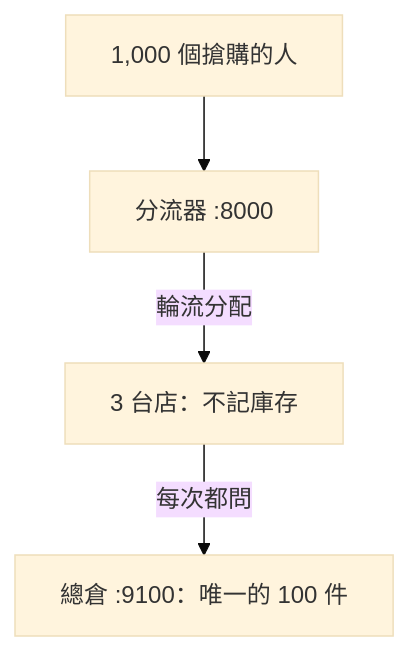
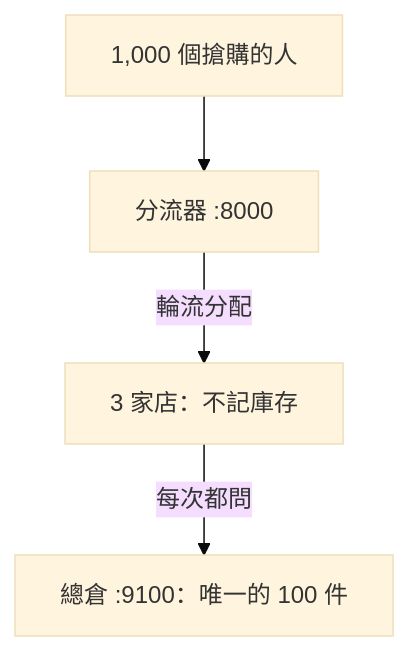
Before and after one commit to duncan-wen/dwen-cms: the second of 2 diagrams in content/posts/go-high-concurrency-distributed/index.mdx, drawn with Mermaid (base theme). The commit also changed other lines of this file and 1 other file, not shown here.

````diff
--- a/content/posts/go-high-concurrency-distributed/index.mdx
+++ b/content/posts/go-high-concurrency-distributed/index.mdx
@@ -221,6 +221,6 @@
 ```mermaid
 flowchart TD
   buyers[1,000 個搶購的人] --> lb[分流器 :8000]
-  lb -->|輪流分配| shops[3 台店：不記庫存]
+  lb -->|輪流分配| shops[3 家店：不記庫存]
   shops -->|每次都問| stock[總倉 :9100：唯一的 100 件]
 ```
````
